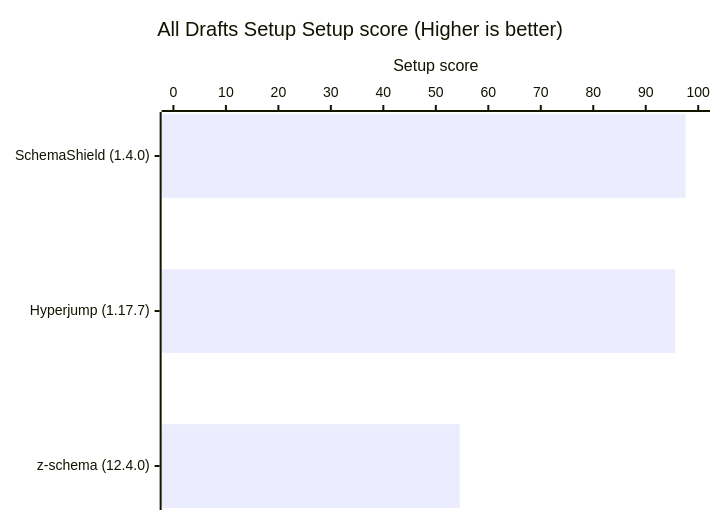
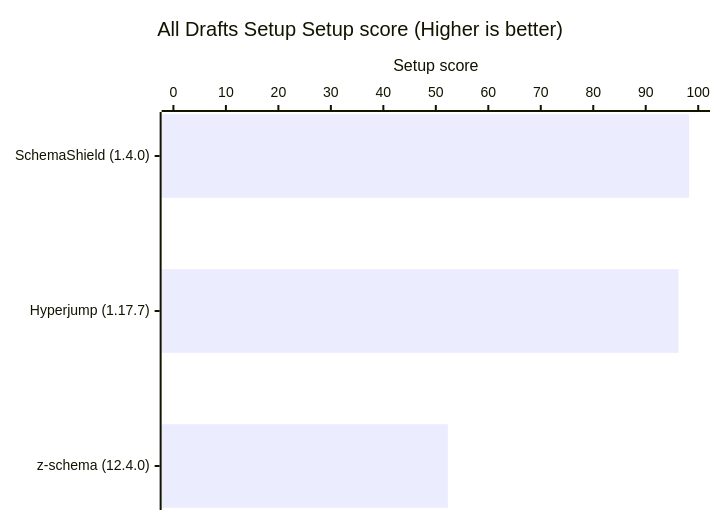
The fifth of 8 diagrams in README.md (Masquerade-Circus/json-schema-validator-bench), drawn with Mermaid before and after one commit. The commit also changed other lines of this file and 79 other files, not shown here.

````diff
--- a/README.md
+++ b/README.md
@@ -212,7 +212,7 @@
 ```mermaid
 xychart horizontal
     title "All Drafts Setup Setup score (Higher is better)"
     x-axis ["SchemaShield (1.4.0)", "Hyperjump (1.17.7)", "z-schema (12.4.0)"]
     y-axis "Setup score" 0 --> 100
-    bar [97.593, 95.639, 54.542]
+    bar [98.271, 96.259, 52.298]
 ```
````
